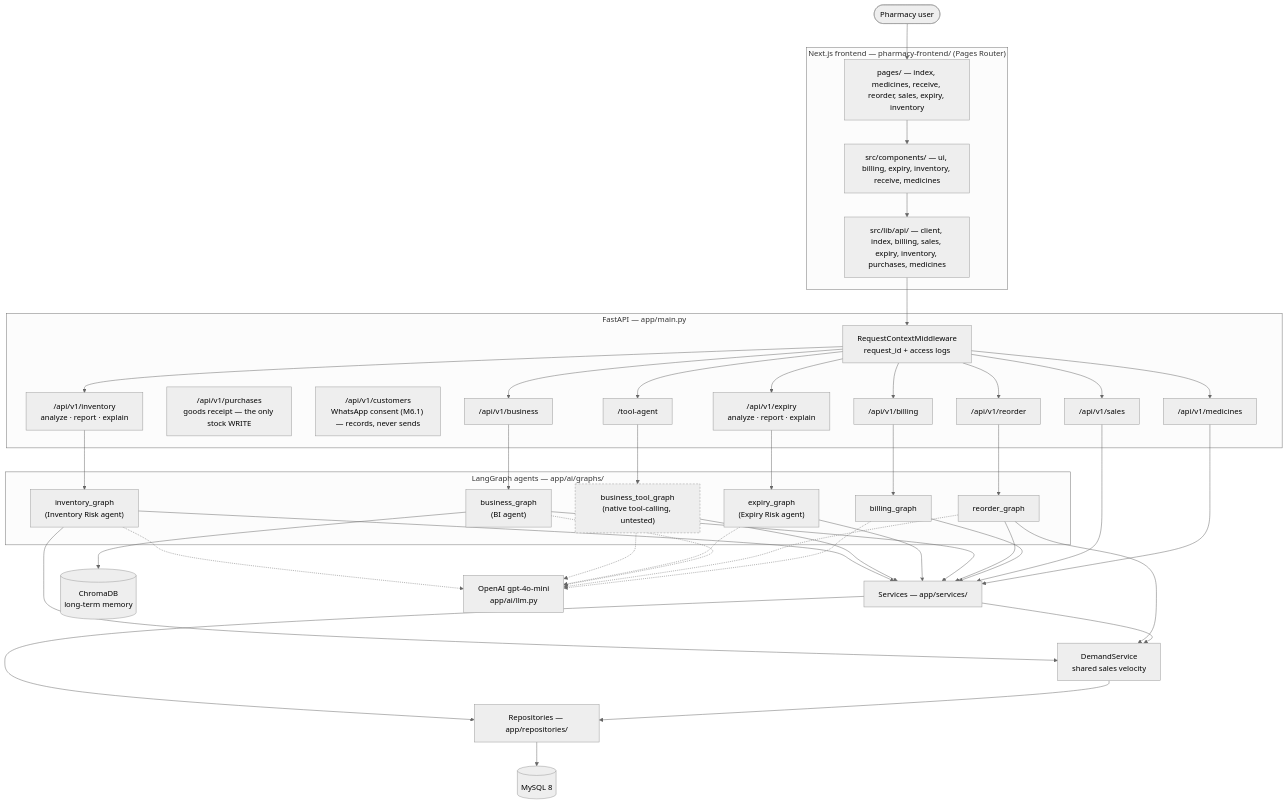
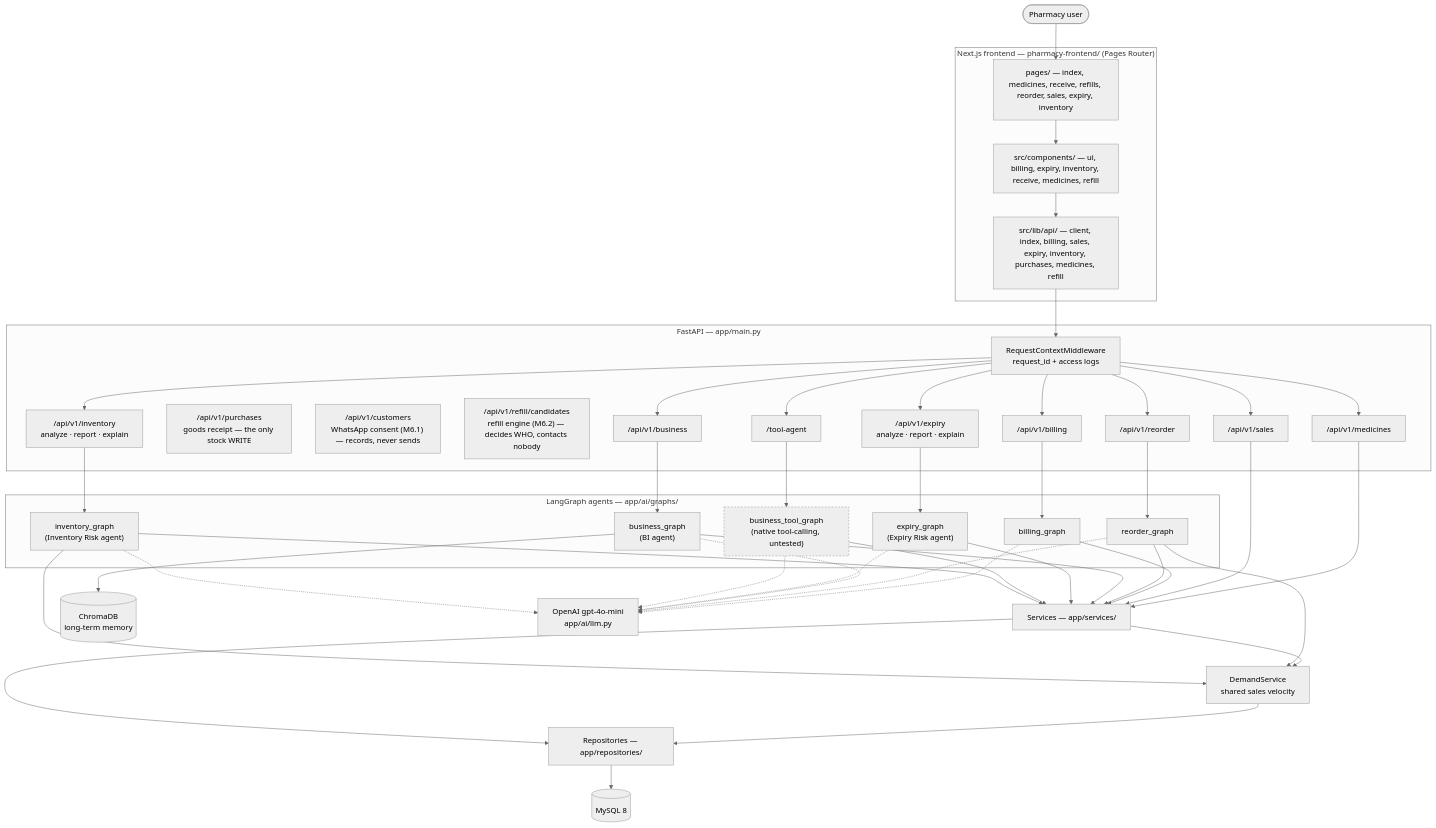
One commit to anurag-main/AI-Powered-Connected-Pharmacy-Ecosystem changed the first of 2 diagrams in docs/architecture.md. Above: the diagram before and after it, drawn with Mermaid (neutral theme). The commit also changed other lines of this file and 6 other files, not shown here.

```diff
--- a/docs/architecture.md
+++ b/docs/architecture.md
@@ -18,9 +18,9 @@
     USER([Pharmacy user])
 
     subgraph FE["Next.js frontend — pharmacy-frontend/ (Pages Router)"]
-        PG["pages/ — index, medicines, receive, reorder, sales, expiry, inventory"]
-        CMP["src/components/ — ui, billing, expiry, inventory, receive, medicines"]
-        APIC["src/lib/api/ — client, index, billing, sales, expiry, inventory, purchases, medicines"]
+        PG["pages/ — index, medicines, receive, refills, reorder, sales, expiry, inventory"]
+        CMP["src/components/ — ui, billing, expiry, inventory, receive, medicines, refill"]
+        APIC["src/lib/api/ — client, index, billing, sales, expiry, inventory, purchases, medicines, refill"]
     end
 
     subgraph API["FastAPI — app/main.py"]
@@ -28,6 +28,7 @@
         R1["/api/v1/medicines"]
         R9["/api/v1/purchases<br/>goods receipt — the only stock WRITE"]
         R10["/api/v1/customers<br/>WhatsApp consent (M6.1) — records, never sends"]
+        R11["/api/v1/refill/candidates<br/>refill engine (M6.2) — decides WHO, contacts nobody"]
         R2["/api/v1/billing"]
         R3["/api/v1/reorder"]
         R4["/api/v1/business"]
```
